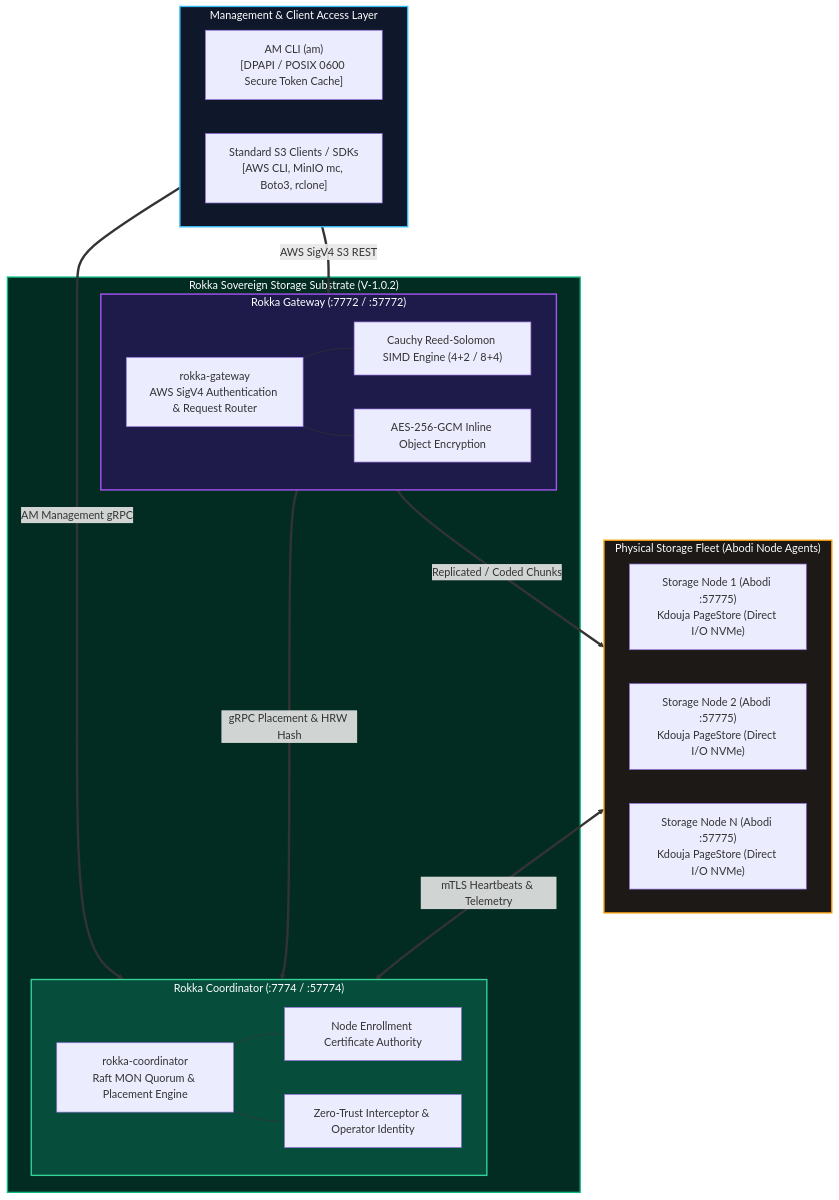
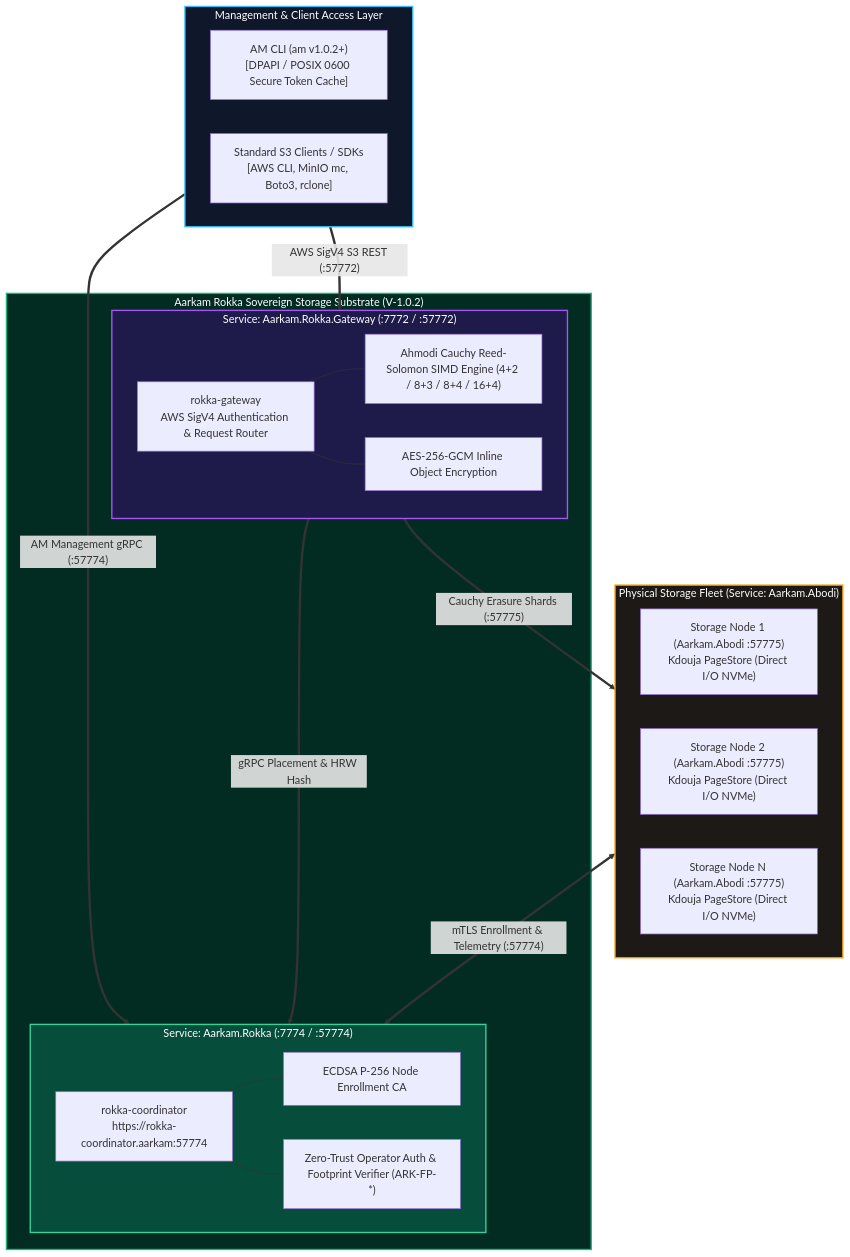
Before and after one commit to aarkamio/Aarkam.Rokka: the diagram in V-1.0.2/INSTALLATION_GUIDE.md, drawn with Mermaid. The commit also changed other lines of this file and 19 other files, not shown here.

````diff
--- a/V-1.0.2/INSTALLATION_GUIDE.md
+++ b/V-1.0.2/INSTALLATION_GUIDE.md
@@ -22,43 +31,43 @@
 ```mermaid
 flowchart TB
     subgraph ClientLayer["Management & Client Access Layer"]
-        CLI["AM CLI (am)<br/>[DPAPI / POSIX 0600 Secure Token Cache]"]
+        CLI["AM CLI (am v1.0.2+)<br/>[DPAPI / POSIX 0600 Secure Token Cache]"]
         S3Client["Standard S3 Clients / SDKs<br/>[AWS CLI, MinIO mc, Boto3, rclone]"]
     end
 
-    subgraph RokkaSubstrate["Rokka Sovereign Storage Substrate (V-1.0.2)"]
-        subgraph GatewayDaemon["Rokka Gateway (:7772 / :57772)"]
+    subgraph RokkaSubstrate["Aarkam Rokka Sovereign Storage Substrate (V-1.0.2)"]
+        subgraph GatewayDaemon["Service: Aarkam.Rokka.Gateway (:7772 / :57772)"]
             GW["rokka-gateway<br/>AWS SigV4 Authentication & Request Router"]
-            EC["Cauchy Reed-Solomon SIMD Engine (4+2 / 8+4)"]
+            EC["Ahmodi Cauchy Reed-Solomon SIMD Engine (4+2 / 8+3 / 8+4 / 16+4)"]
             AES["AES-256-GCM Inline Object Encryption"]
             GW --- EC
             GW --- AES
         end
 
-        subgraph CoordinatorDaemon["Rokka Coordinator (:7774 / :57774)"]
-            COORD["rokka-coordinator<br/>Raft MON Quorum & Placement Engine"]
-            CA["Node Enrollment Certificate Authority"]
-            RBAC["Zero-Trust Interceptor & Operator Identity"]
+        subgraph CoordinatorDaemon["Service: Aarkam.Rokka (:7774 / :57774)"]
+            COORD["rokka-coordinator<br/>https://rokka-coordinator.aarkam:57774"]
+            CA["ECDSA P-256 Node Enrollment CA"]
+            RBAC["Zero-Trust Operator Auth & Footprint Verifier (ARK-FP-*)"]
             COORD --- CA
             COORD --- RBAC
         end
     end
 
-    subgraph StorageNodes["Physical Storage Fleet (Abodi Node Agents)"]
-        NODE1["Storage Node 1 (Abodi :57775)<br/>Kdouja PageStore (Direct I/O NVMe)"]
-        NODE2["Storage Node 2 (Abodi :57775)<br/>Kdouja PageStore (Direct I/O NVMe)"]
-        NODEN["Storage Node N (Abodi :57775)<br/>Kdouja PageStore (Direct I/O NVMe)"]
+    subgraph StorageNodes["Physical Storage Fleet (Service: Aarkam.Abodi)"]
+        NODE1["Storage Node 1 (Aarkam.Abodi :57775)<br/>Kdouja PageStore (Direct I/O NVMe)"]
+        NODE2["Storage Node 2 (Aarkam.Abodi :57775)<br/>Kdouja PageStore (Direct I/O NVMe)"]
+        NODEN["Storage Node N (Aarkam.Abodi :57775)<br/>Kdouja PageStore (Direct I/O NVMe)"]
     end
 
-    ClientLayer ==>|"AM Management gRPC"| CoordinatorDaemon
-    ClientLayer ==>|"AWS SigV4 S3 REST"| GatewayDaemon
+    ClientLayer ==>|"AM Management gRPC (:57774)"| CoordinatorDaemon
+    ClientLayer ==>|"AWS SigV4 S3 REST (:57772)"| GatewayDaemon
     GatewayDaemon ==>|"gRPC Placement & HRW Hash"| CoordinatorDaemon
-    GatewayDaemon ==>|"Replicated / Coded Chunks"| StorageNodes
-    StorageNodes <==>|"mTLS Heartbeats & Telemetry"| CoordinatorDaemon
+    GatewayDaemon ==>|"Cauchy Erasure Shards (:57775)"| StorageNodes
+    StorageNodes <==>|"mTLS Enrollment & Telemetry (:57774)"| CoordinatorDaemon
 
     style ClientLayer fill:#0f172a,stroke:#38bdf8,stroke-width:2px,color:#fff
     style RokkaSubstrate fill:#022c22,stroke:#10b981,stroke-width:2px,color:#fff
     style GatewayDaemon fill:#1e1b4b,stroke:#a855f7,stroke-width:2px,color:#fff
     style CoordinatorDaemon fill:#064e3b,stroke:#34d399,stroke-width:2px,color:#fff
     style StorageNodes fill:#1c1917,stroke:#f59e0b,stroke-width:2px,color:#fff
 ```
````
